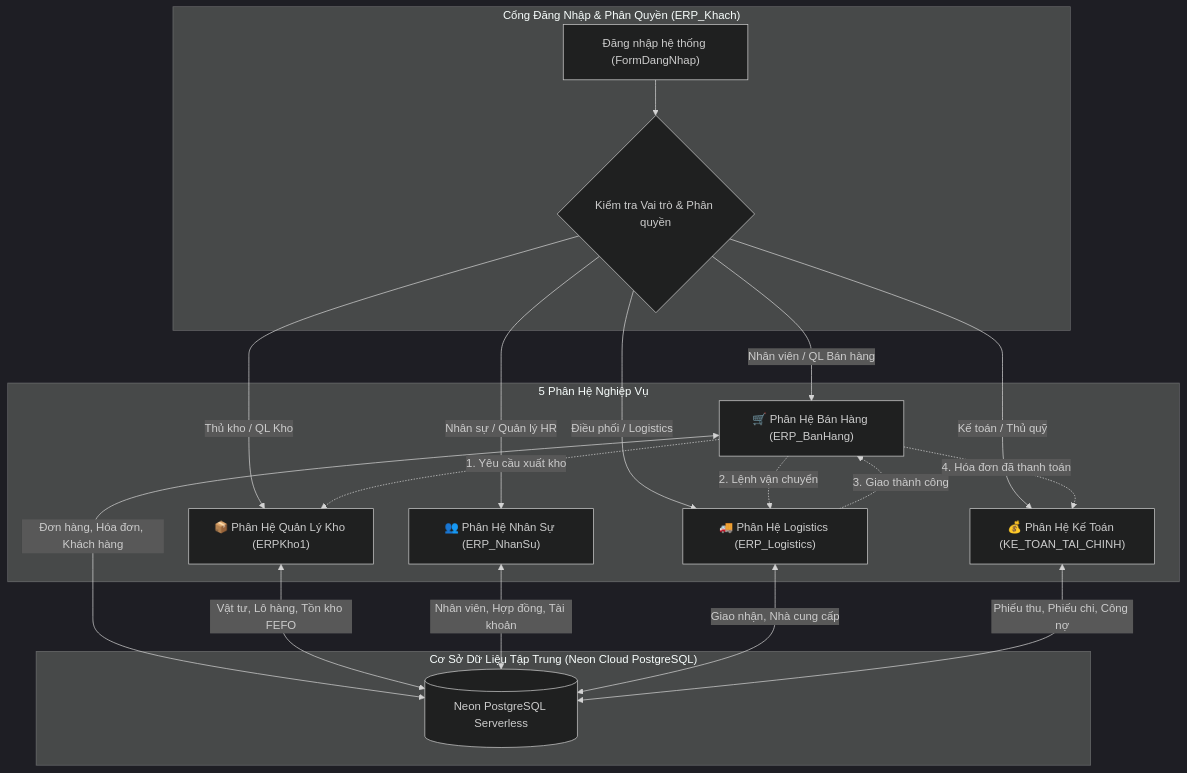
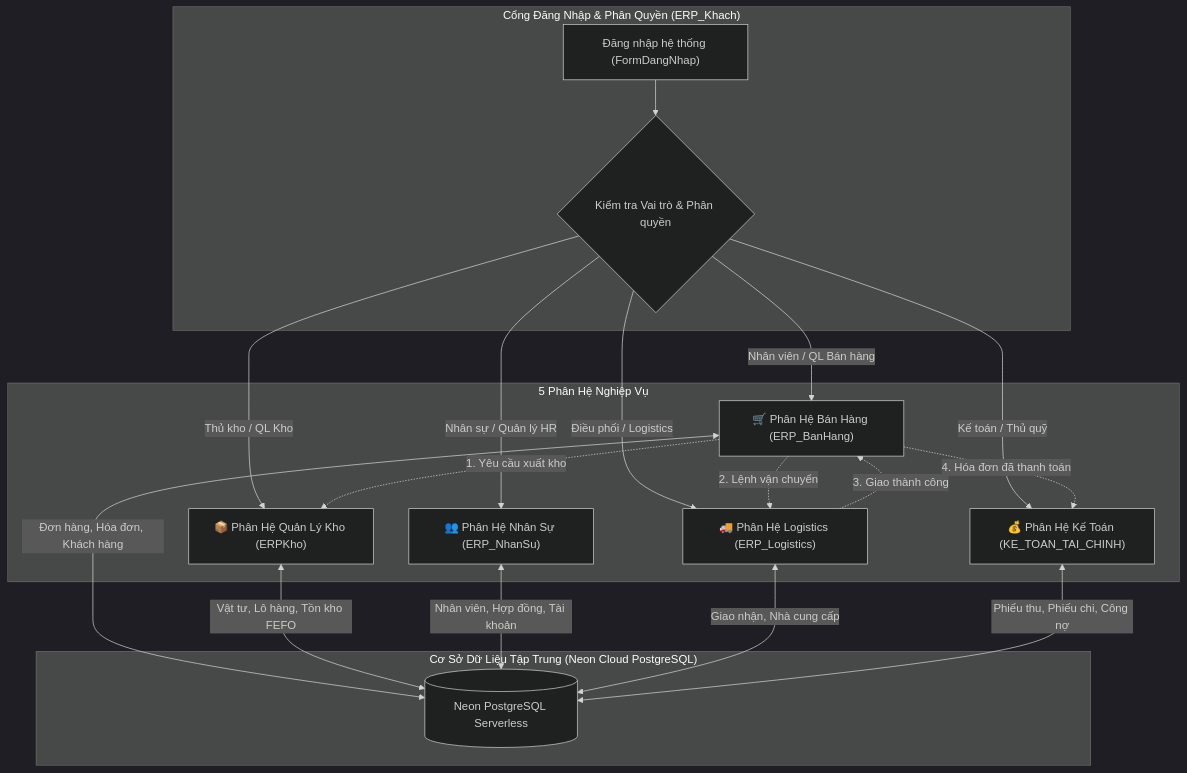
One commit to CiaoSea-E/ERP-back changed the diagram in README.md. Above: the diagram before and after it, drawn with Mermaid (dark theme). The commit also changed other lines of this file and 2 other files, not shown here.

Commit message:
Cap nhat dong bo ten ERPKho trong README va cac script ho tro

````diff
--- a/README.md
+++ b/README.md
@@ -82,37 +82,37 @@
 ```mermaid
 flowchart TD
     subgraph Portal["Cổng Đăng Nhập & Phân Quyền (ERP_Khach)"]
         Login["Đăng nhập hệ thống (FormDangNhap)"]
         CheckRole{"Kiểm tra Vai trò & Phân quyền"}
         Login --> CheckRole
     end
 
     subgraph Modules["5 Phân Hệ Nghiệp Vụ"]
         BanHang["🛒 Phân Hệ Bán Hàng (ERP_BanHang)"]
-        Kho["📦 Phân Hệ Quản Lý Kho (ERPKho1)"]
+        Kho["📦 Phân Hệ Quản Lý Kho (ERPKho)"]
         NhanSu["👥 Phân Hệ Nhân Sự (ERP_NhanSu)"]
         Logistics["🚚 Phân Hệ Logistics (ERP_Logistics)"]
         KeToan["💰 Phân Hệ Kế Toán (KE_TOAN_TAI_CHINH)"]
     end
 
     CheckRole -- "Nhân viên / QL Bán hàng" --> BanHang
     CheckRole -- "Thủ kho / QL Kho" --> Kho
     CheckRole -- "Nhân sự / Quản lý HR" --> NhanSu
     CheckRole -- "Điều phối / Logistics" --> Logistics
     CheckRole -- "Kế toán / Thủ quỹ" --> KeToan
 
     subgraph NeonDB["Cơ Sở Dữ Liệu Tập Trung (Neon Cloud PostgreSQL)"]
         DB[(Neon PostgreSQL Serverless)]
     end
 
     BanHang <--> |"Đơn hàng, Hóa đơn, Khách hàng"| DB
     Kho <--> |"Vật tư, Lô hàng, Tồn kho FEFO"| DB
     NhanSu <--> |"Nhân viên, Hợp đồng, Tài khoản"| DB
     Logistics <--> |"Giao nhận, Nhà cung cấp"| DB
     KeToan <--> |"Phiếu thu, Phiếu chi, Công nợ"| DB
 
     BanHang -.-> |"1. Yêu cầu xuất kho"| Kho
     BanHang -.-> |"2. Lệnh vận chuyển"| Logistics
     Logistics -.-> |"3. Giao thành công"| BanHang
     BanHang -.-> |"4. Hóa đơn đã thanh toán"| KeToan
 ```
````
